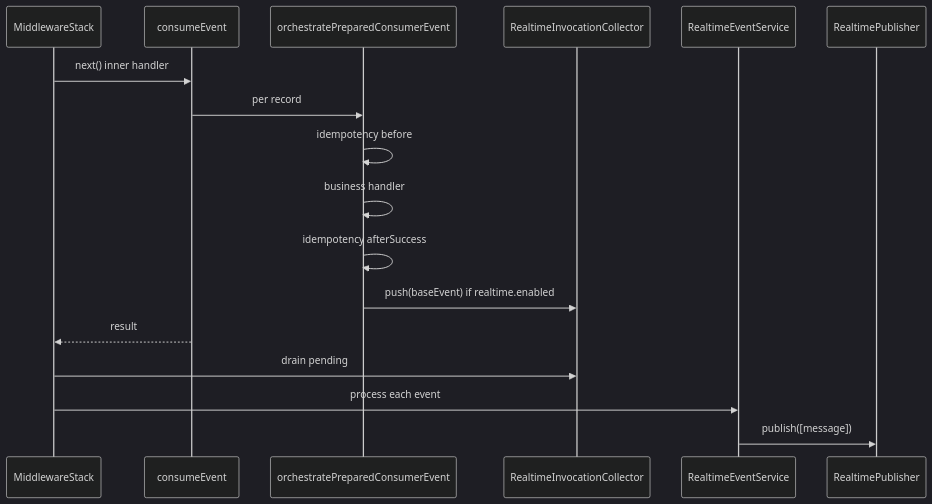
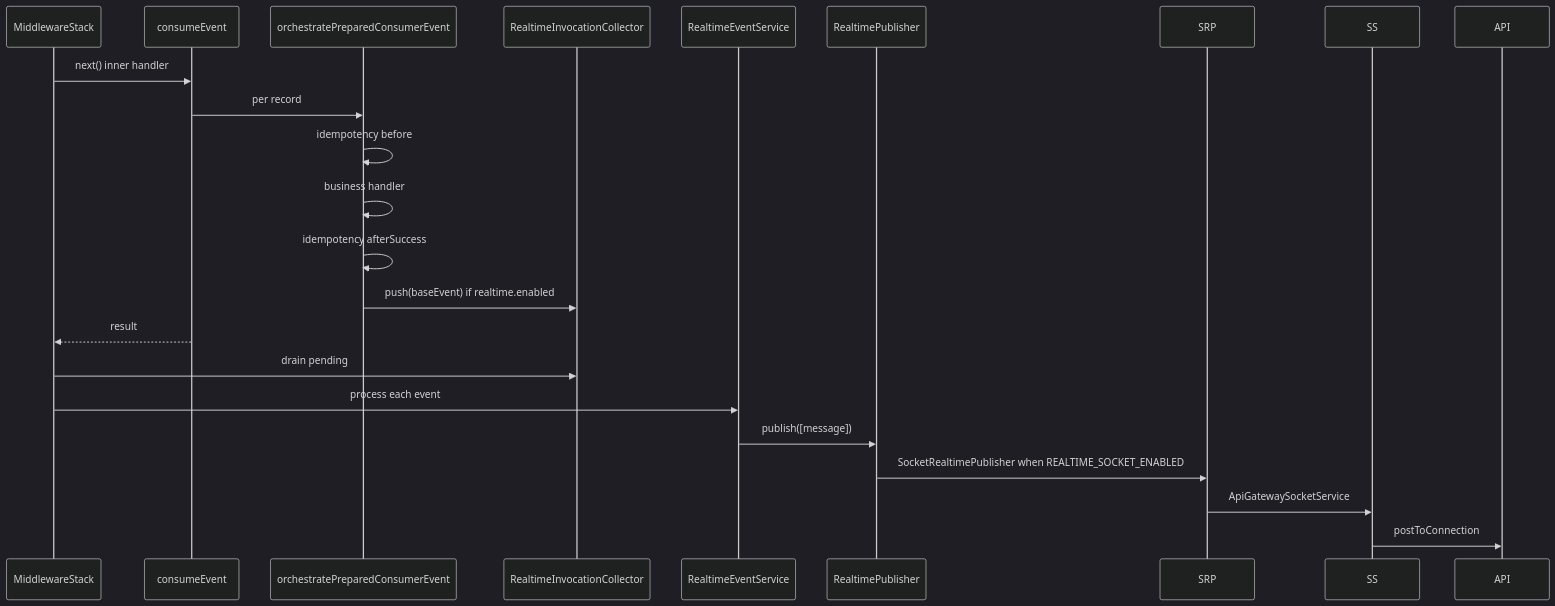
Before and after one commit to geekytechwhiz/beauty-on-wheels-apis: the first of 6 diagrams in docs/middleware/flow.md, drawn with Mermaid (dark theme). The commit also changed other lines of this file and 21 other files, not shown here.

````diff
--- a/docs/middleware/flow.md
+++ b/docs/middleware/flow.md
@@ -36,20 +36,23 @@
 ```mermaid
 sequenceDiagram
   participant MW as MiddlewareStack
   participant CE as consumeEvent
   participant OR as orchestratePreparedConsumerEvent
   participant COL as RealtimeInvocationCollector
   participant RS as RealtimeEventService
   participant RP as RealtimePublisher
 
   MW->>CE: next() inner handler
   CE->>OR: per record
   OR->>OR: idempotency before
   OR->>OR: business handler
   OR->>OR: idempotency afterSuccess
   OR->>COL: push(baseEvent) if realtime.enabled
   CE-->>MW: result
   MW->>COL: drain pending
   MW->>RS: process each event
   RS->>RP: publish([message])
+  RP->>SRP: SocketRealtimePublisher when REALTIME_SOCKET_ENABLED
+  SRP->>SS: ApiGatewaySocketService
+  SS->>API: postToConnection
 ```
````
